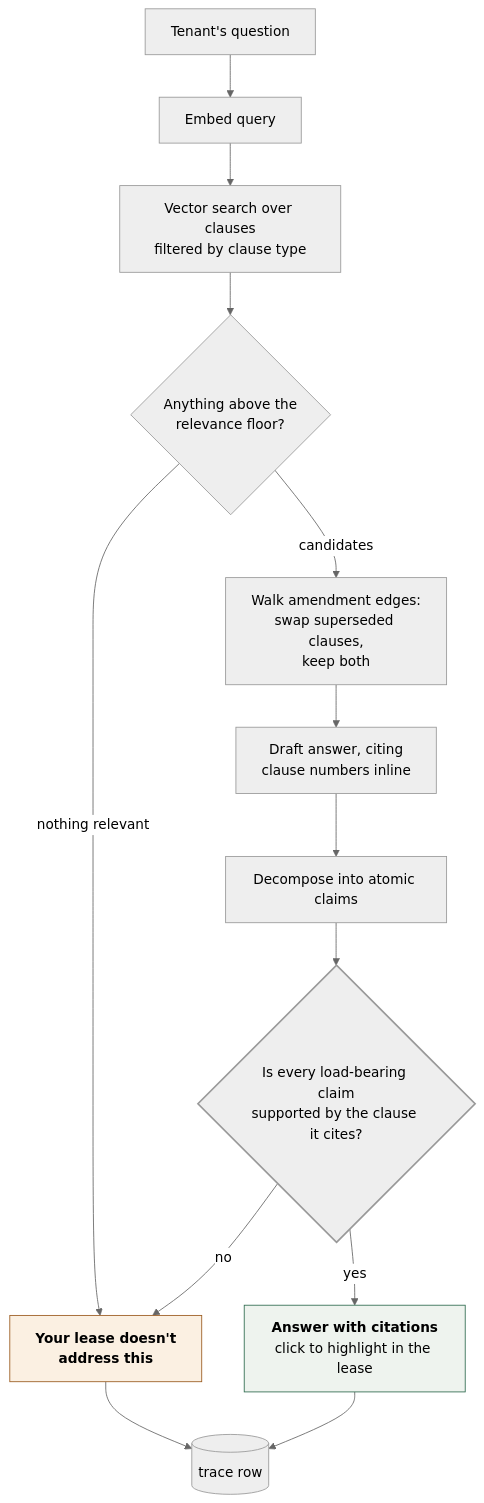
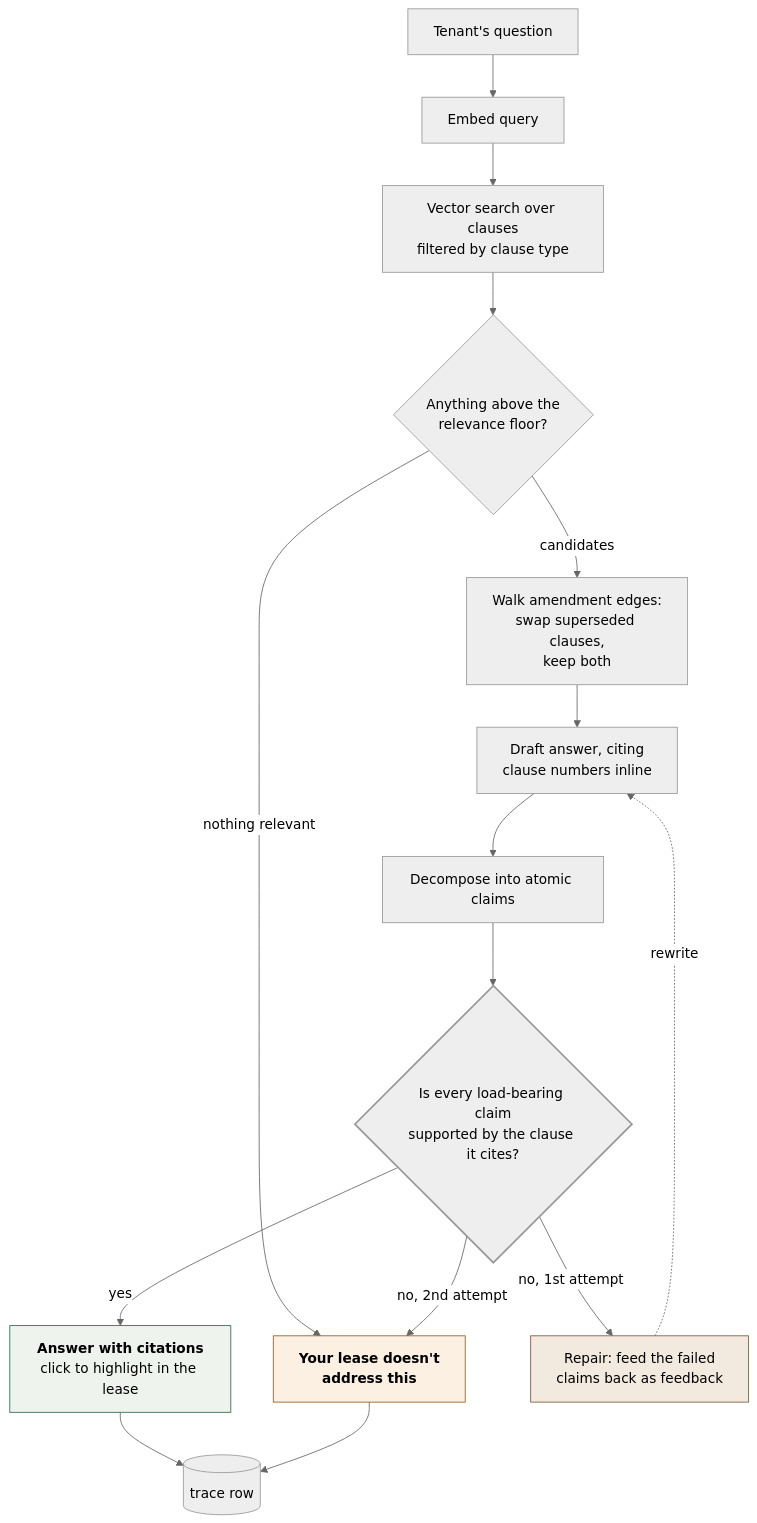
The first of 3 diagrams in README.md (jahnavib26/fineprint-rag-application), drawn with Mermaid (neutral theme) before and after one commit. The commit also changed other lines of this file and 6 other files, not shown here.

````diff
--- a/README.md
+++ b/README.md
@@ -32,19 +32,22 @@
 ```mermaid
 flowchart TD
     Q["Tenant's question"] --> E["Embed query"]
     E --> S["Vector search over clauses<br/>filtered by clause type"]
     S --> F{"Anything above the<br/>relevance floor?"}
     F -->|"nothing relevant"| R["<b>Your lease doesn't<br/>address this</b>"]
     F -->|"candidates"| O["Walk amendment edges:<br/>swap superseded clauses,<br/>keep both"]
     O --> D["Draft answer, citing<br/>clause numbers inline"]
     D --> C["Decompose into atomic claims"]
     C --> G{"Is every load-bearing claim<br/>supported by the clause it cites?"}
-    G -->|"no"| R
     G -->|"yes"| A["<b>Answer with citations</b><br/>click to highlight in the lease"]
+    G -->|"no, 2nd attempt"| R
+    G -->|"no, 1st attempt"| P["Repair: feed the failed<br/>claims back as feedback"]
+    P -.->|"rewrite"| D
     A --> T[("trace row")]
     R --> T
 
     style R fill:#fbf0e2,stroke:#9a5b1f
     style A fill:#eef3ee,stroke:#2f6b4f
+    style P fill:#f2e9df,stroke:#7a5c3e
     style G stroke-width:2px
 ```
````
